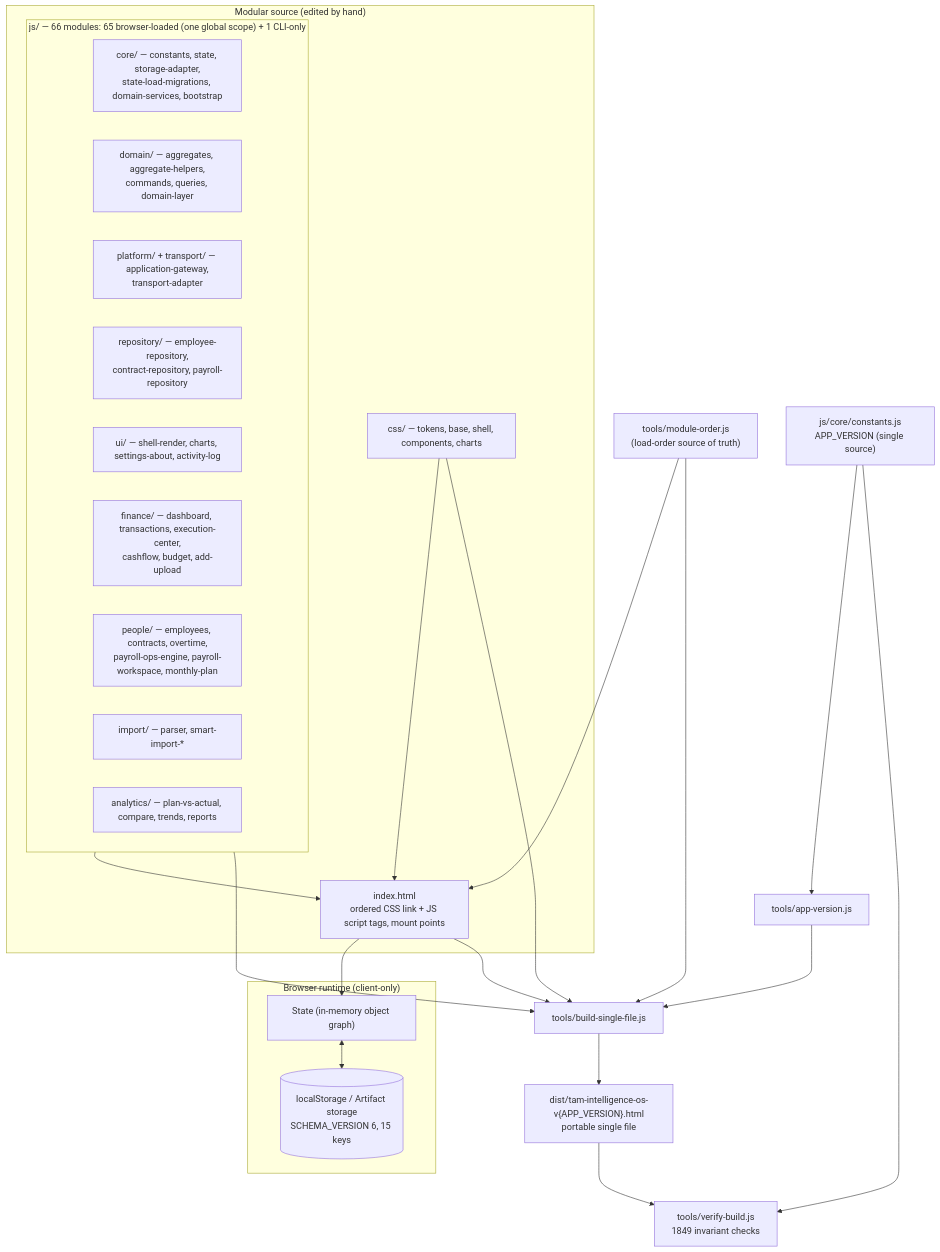
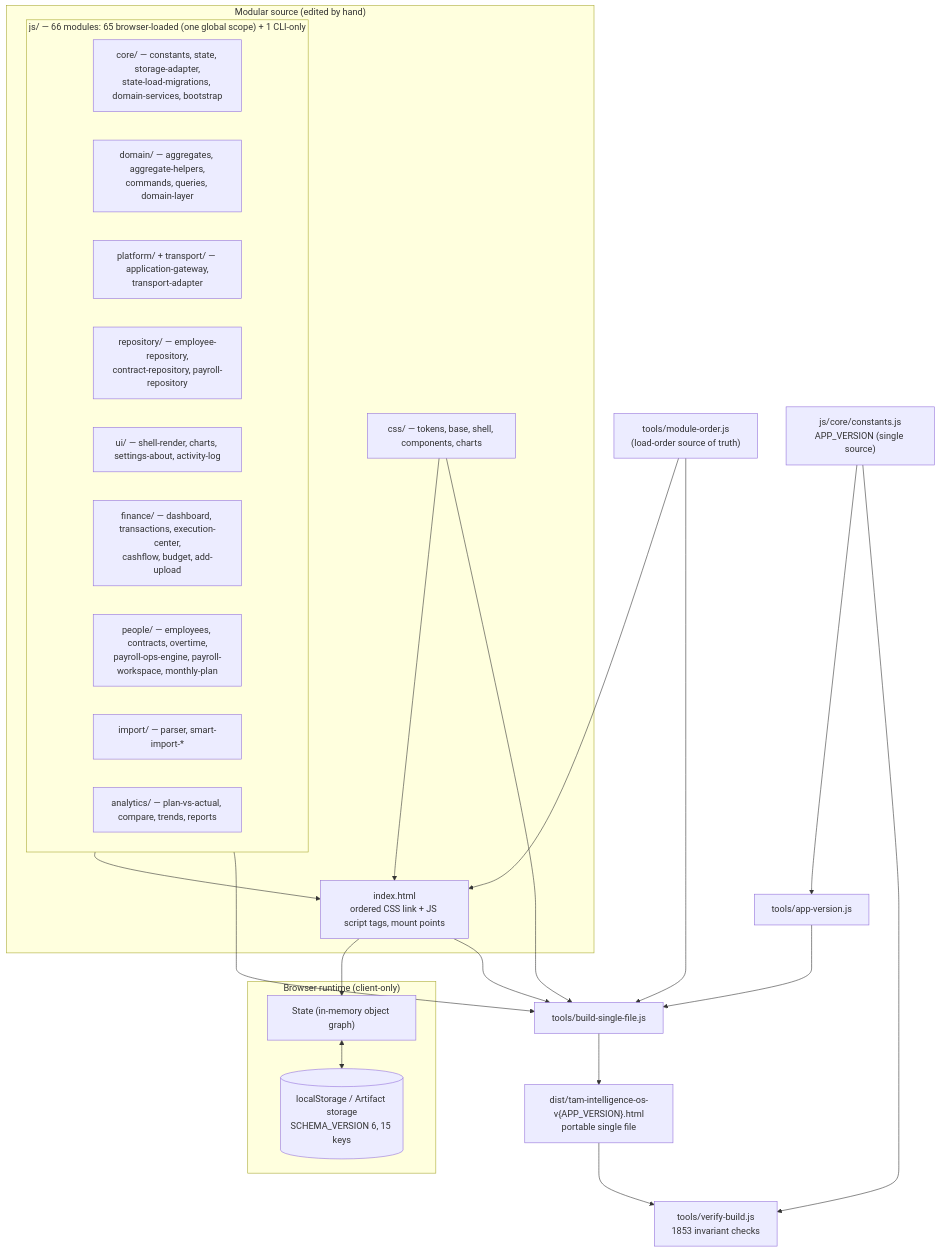
The first of 3 diagrams in ARCHITECTURE.md (fanoryu/TAM-Intelligence-OS), drawn with Mermaid before and after one commit. The commit also changed other lines of this file and 5 other files, not shown here.

````diff
--- a/ARCHITECTURE.md
+++ b/ARCHITECTURE.md
@@ -83,45 +83,45 @@
 ```mermaid
 flowchart TD
   subgraph SRC["Modular source (edited by hand)"]
     IDX["index.html<br/>ordered CSS link + JS script tags, mount points"]
     CSS["css/ — tokens, base, shell, components, charts"]
     subgraph JSMOD["js/ — 66 modules: 65 browser-loaded (one global scope) + 1 CLI-only"]
       CORE["core/ — constants, state, storage-adapter,<br/>state-load-migrations, domain-services, bootstrap"]
       DOM["domain/ — aggregates, aggregate-helpers,<br/>commands, queries, domain-layer"]
       PLAT["platform/ + transport/ — application-gateway,<br/>transport-adapter"]
       REPO["repository/ — employee-repository,<br/>contract-repository, payroll-repository"]
       UI["ui/ — shell-render, charts, settings-about, activity-log"]
       FIN["finance/ — dashboard, transactions, execution-center,<br/>cashflow, budget, add-upload"]
       PPL["people/ — employees, contracts, overtime,<br/>payroll-ops-engine, payroll-workspace, monthly-plan"]
       IMP["import/ — parser, smart-import-*"]
       ANA["analytics/ — plan-vs-actual, compare, trends, reports"]
     end
   end
 
   subgraph RUN["Browser runtime (client-only)"]
     STATE["State (in-memory object graph)"]
     LS[("localStorage / Artifact storage<br/>SCHEMA_VERSION 6, 15 keys")]
   end
 
   ORDER["tools/module-order.js<br/>(load-order source of truth)"]
   CONST["js/core/constants.js<br/>APP_VERSION (single source)"]
   AV["tools/app-version.js"]
   BUILD["tools/build-single-file.js"]
-  VERIFY["tools/verify-build.js<br/>1849 invariant checks"]
+  VERIFY["tools/verify-build.js<br/>1853 invariant checks"]
   DIST["dist/tam-intelligence-os-v{APP_VERSION}.html<br/>portable single file"]
 
   CSS --> IDX
   JSMOD --> IDX
   IDX --> STATE
   STATE <--> LS
 
   ORDER --> IDX
   ORDER --> BUILD
   CONST --> AV --> BUILD
   IDX --> BUILD
   CSS --> BUILD
   JSMOD --> BUILD
   BUILD --> DIST
   DIST --> VERIFY
   CONST --> VERIFY
 ```
````
